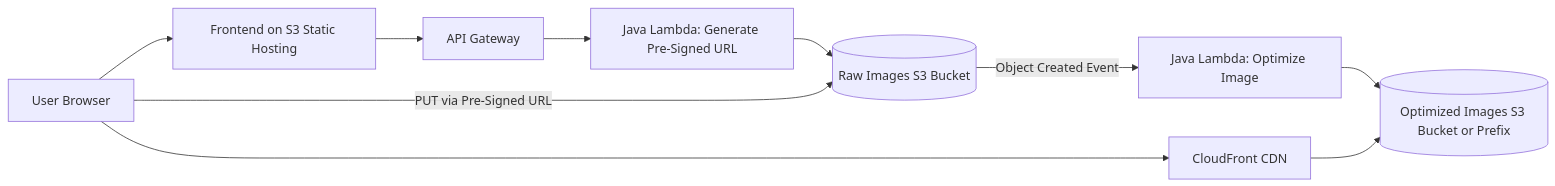
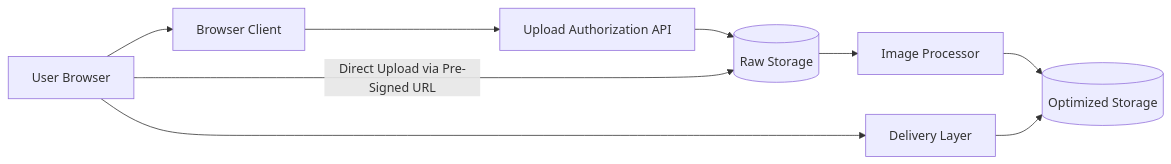
One commit to preet7777777/serverless-content-delievery changed the diagram in README.md. Above: the diagram before and after it, drawn with Mermaid. The commit also changed other lines of this file and 78 other files, not shown here.

````diff
--- a/README.md
+++ b/README.md
@@ -25,12 +37,11 @@
 ```mermaid
 flowchart LR
-    U[User Browser] --> F[Frontend on S3 Static Hosting]
-    F --> G[API Gateway]
-    G --> L1[Java Lambda: Generate Pre-Signed URL]
-    L1 --> S1[(Raw Images S3 Bucket)]
-    U -->|PUT via Pre-Signed URL| S1
-    S1 -->|Object Created Event| L2[Java Lambda: Optimize Image]
-    L2 --> S2[(Optimized Images S3 Bucket or Prefix)]
-    U --> C[CloudFront CDN]
-    C --> S2
+    U[User Browser] --> FE[Browser Client]
+    FE --> API[Upload Authorization API]
+    API --> RAW[(Raw Storage)]
+    U -->|Direct Upload via Pre-Signed URL| RAW
+    RAW --> PROC[Image Processor]
+    PROC --> OPT[(Optimized Storage)]
+    U --> CDN[Delivery Layer]
+    CDN --> OPT
 ```
````
